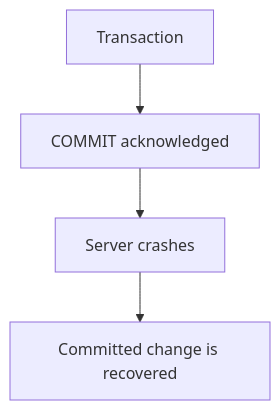
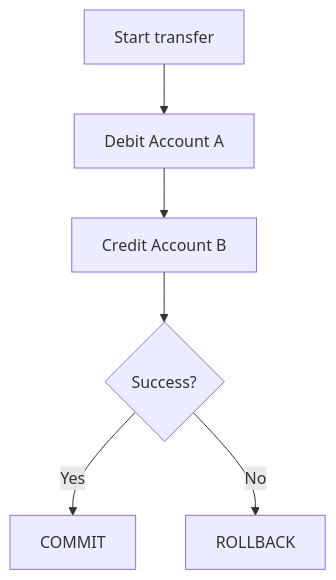
The second of 5 diagrams in src/content/databases/acid-properties.md (AvadhBhalodiya/Interview-Preparation), drawn with Mermaid before and after one commit. The commit also changed other lines of this file and 80 other files, not shown here.

````diff
--- a/src/content/databases/acid-properties.md
+++ b/src/content/databases/acid-properties.md
@@ -373,6 +90,8 @@
 ```mermaid
 flowchart TD
-    T[Transaction] --> C[COMMIT acknowledged]
-    C --> X[Server crashes]
-    X --> R[Committed change is recovered]
+    A[Start transfer] --> B[Debit Account A]
+    B --> C[Credit Account B]
+    C --> D{Success?}
+    D -->|Yes| E[COMMIT]
+    D -->|No| F[ROLLBACK]
 ```
````
